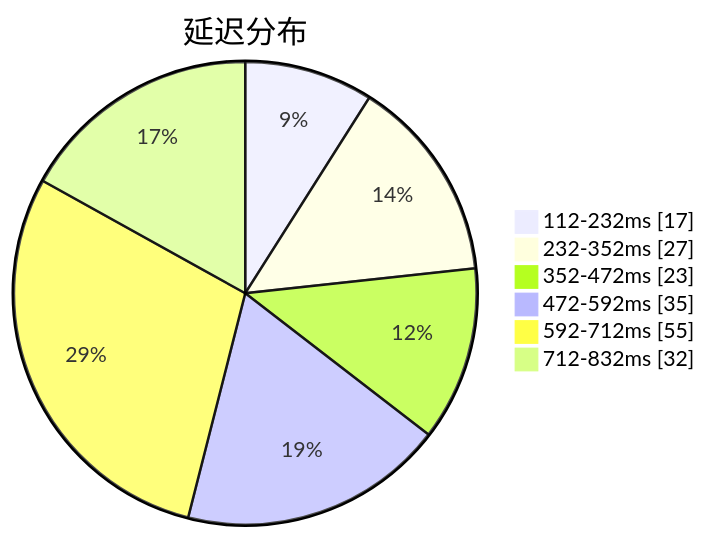
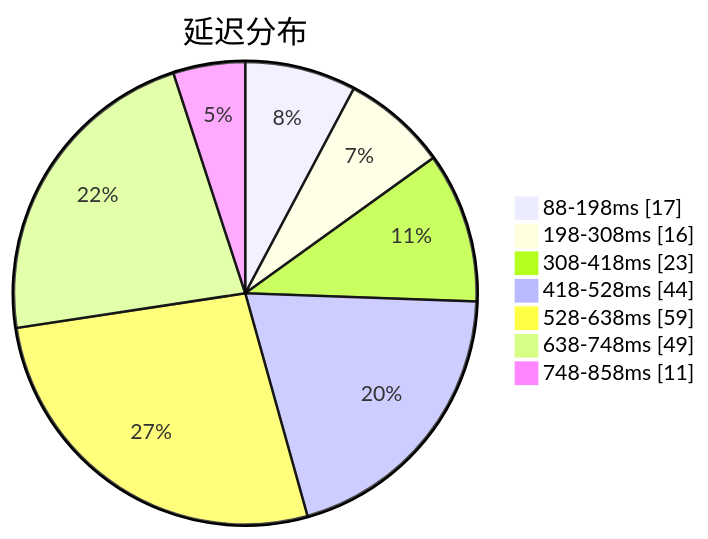
One commit to sinspired/airport changed the first of 3 diagrams in subs/statistics/tested_within.md. Above: the diagram before and after it, drawn with Mermaid. The commit also changed other lines of this file and 2 other files, not shown here.

````diff
--- a/subs/statistics/tested_within.md
+++ b/subs/statistics/tested_within.md
@@ -2,10 +2,11 @@
 ```mermaid
 pie showData
 title 延迟分布
-"112-232ms" : 17
-"232-352ms" : 27
-"352-472ms" : 23
-"472-592ms" : 35
-"592-712ms" : 55
-"712-832ms" : 32
+"88-198ms" : 17
+"198-308ms" : 16
+"308-418ms" : 23
+"418-528ms" : 44
+"528-638ms" : 59
+"638-748ms" : 49
+"748-858ms" : 11
 ```
````
